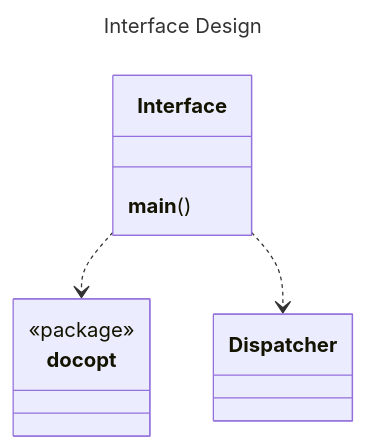
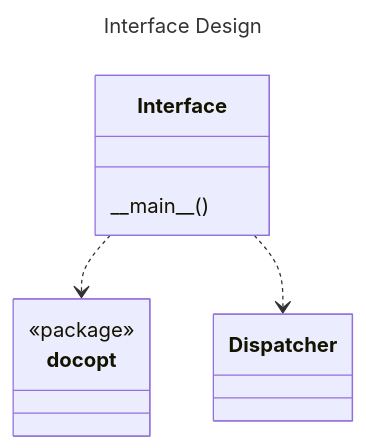
The first of 6 diagrams in docs/detailed-design.md (Oldranda1414/AutoDev), drawn with Mermaid before and after one commit. The commit also changed other lines of this file, not shown here.

Commit message:
docs: minor detaild design mermaid fixes

````diff
--- a/docs/detailed-design.md
+++ b/docs/detailed-design.md
@@ -22,16 +22,16 @@
 ```mermaid
 ---
 title: Interface Design
 ---
 classDiagram
     class Interface {
-        __main__()
+        \_\_main\_\_()
     }
 
     class docopt {
         <<package>>
     }
 
     Interface ..> docopt
     Interface ..> Dispatcher
 ```
````
